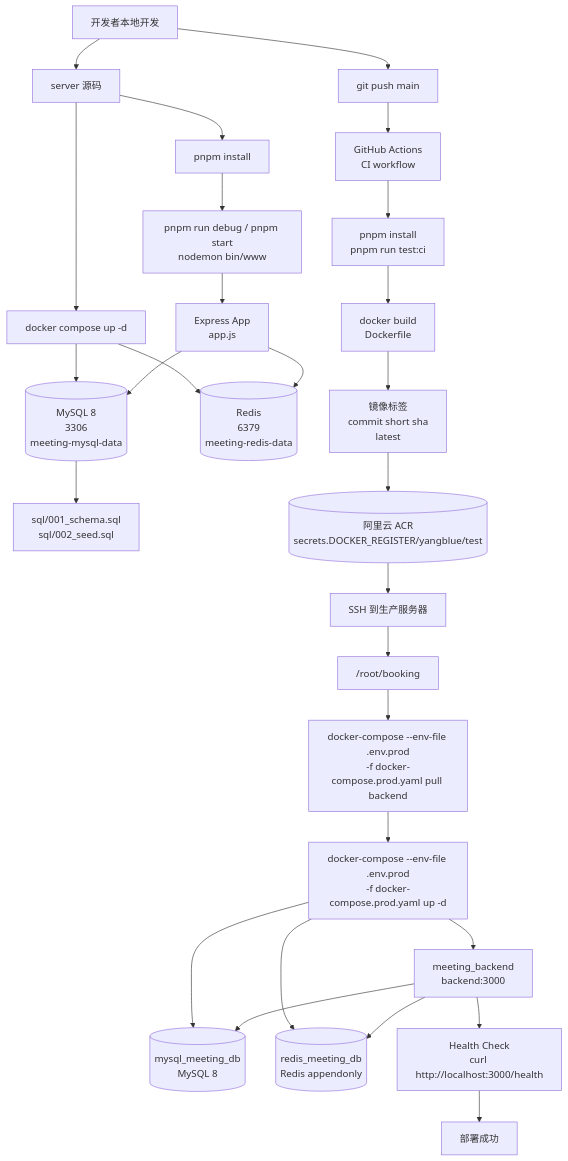
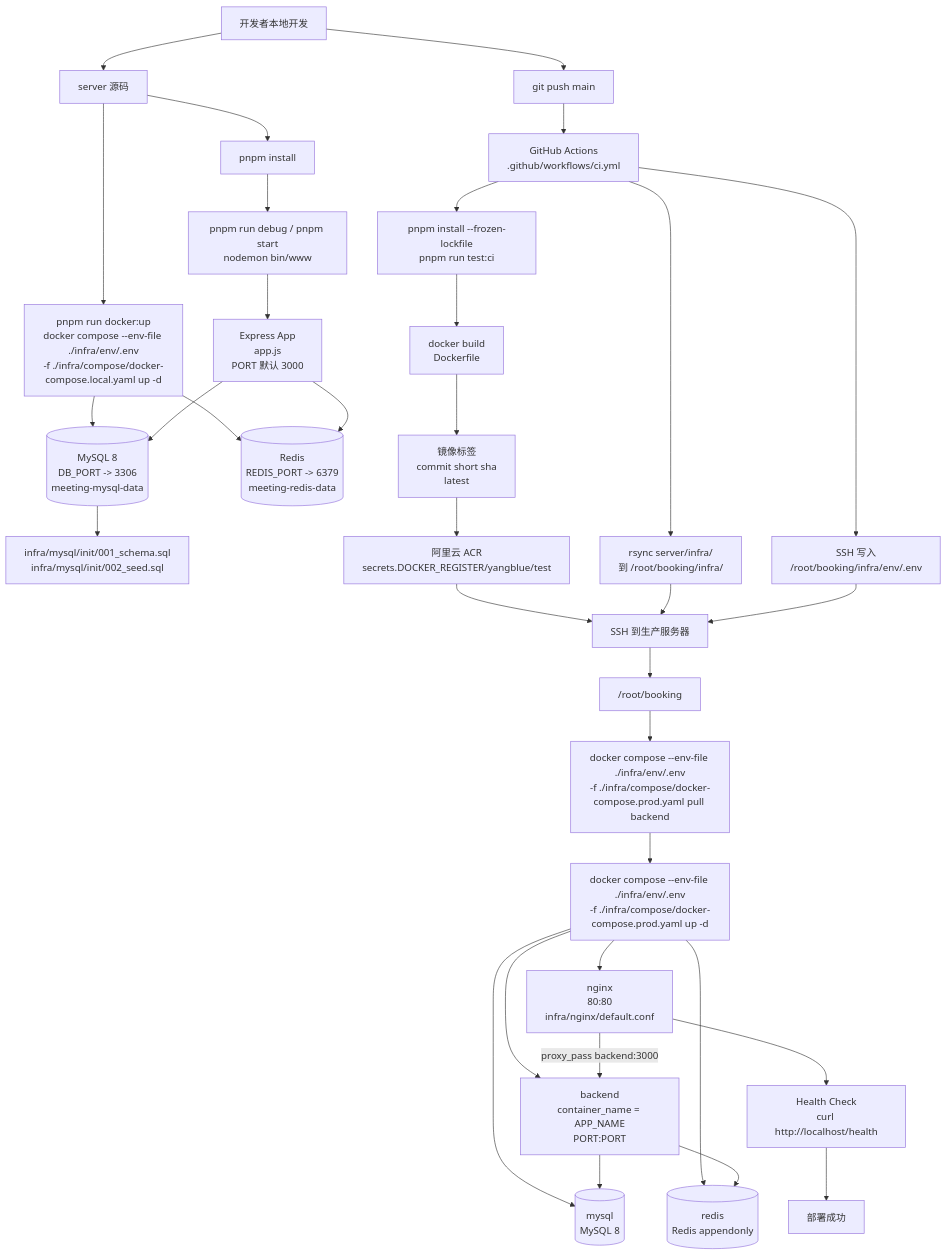
One commit to taotao9125/light-agent changed the first of 4 diagrams in server/dev-to-deploy-architecture.md. Above: the diagram before and after it, drawn with Mermaid. The commit also changed other lines of this file, not shown here.

Commit message:
🎉: 架构图更新

````diff
--- a/server/dev-to-deploy-architecture.md
+++ b/server/dev-to-deploy-architecture.md
@@ -7,38 +7,45 @@
 ```mermaid
 flowchart TD
     DEV[开发者本地开发] --> CODE[server 源码]
 
     CODE --> LOCAL_DEPS[pnpm install]
-    CODE --> LOCAL_INFRA[docker compose up -d]
+    CODE --> LOCAL_INFRA["pnpm run docker:up<br/>docker compose --env-file ./infra/env/.env<br/>-f ./infra/compose/docker-compose.local.yaml up -d"]
 
-    LOCAL_INFRA --> DEV_MYSQL[(MySQL 8<br/>3306<br/>meeting-mysql-data)]
-    LOCAL_INFRA --> DEV_REDIS[(Redis<br/>6379<br/>meeting-redis-data)]
-    DEV_MYSQL --> INIT_SQL[sql/001_schema.sql<br/>sql/002_seed.sql]
+    LOCAL_INFRA --> DEV_MYSQL[(MySQL 8<br/>DB_PORT -> 3306<br/>meeting-mysql-data)]
+    LOCAL_INFRA --> DEV_REDIS[(Redis<br/>REDIS_PORT -> 6379<br/>meeting-redis-data)]
+    DEV_MYSQL --> INIT_SQL["infra/mysql/init/001_schema.sql<br/>infra/mysql/init/002_seed.sql"]
 
-    LOCAL_DEPS --> LOCAL_APP[pnpm run debug / pnpm start<br/>nodemon bin/www]
-    LOCAL_APP --> EXPRESS[Express App<br/>app.js]
+    LOCAL_DEPS --> LOCAL_APP["pnpm run debug / pnpm start<br/>nodemon bin/www"]
+    LOCAL_APP --> EXPRESS["Express App<br/>app.js<br/>PORT 默认 3000"]
     EXPRESS --> DEV_MYSQL
     EXPRESS --> DEV_REDIS
 
     DEV --> PUSH[git push main]
-    PUSH --> GHA[GitHub Actions<br/>CI workflow]
+    PUSH --> GHA["GitHub Actions<br/>.github/workflows/ci.yml"]
 
-    GHA --> TEST[pnpm install<br/>pnpm run test:ci]
-    TEST --> BUILD[docker build<br/>Dockerfile]
-    BUILD --> IMAGE[镜像标签<br/>commit short sha<br/>latest]
-    IMAGE --> ACR[(阿里云 ACR<br/>secrets.DOCKER_REGISTER/yangblue/test)]
+    GHA --> TEST["pnpm install --frozen-lockfile<br/>pnpm run test:ci"]
+    TEST --> BUILD["docker build<br/>Dockerfile"]
+    BUILD --> IMAGE["镜像标签<br/>commit short sha<br/>latest"]
+    IMAGE --> ACR["阿里云 ACR<br/>secrets.DOCKER_REGISTER/yangblue/test"]
+
+    GHA --> SYNC_INFRA["rsync server/infra/<br/>到 /root/booking/infra/"]
+    GHA --> WRITE_ENV["SSH 写入<br/>/root/booking/infra/env/.env"]
 
     ACR --> SSH[SSH 到生产服务器]
+    SYNC_INFRA --> SSH
+    WRITE_ENV --> SSH
     SSH --> PROD_DIR["/root/booking"]
-    PROD_DIR --> PULL[docker-compose --env-file .env.prod<br/>-f docker-compose.prod.yaml pull backend]
-    PULL --> UP[docker-compose --env-file .env.prod<br/>-f docker-compose.prod.yaml up -d]
+    PROD_DIR --> PULL["docker compose --env-file ./infra/env/.env<br/>-f ./infra/compose/docker-compose.prod.yaml pull backend"]
+    PULL --> UP["docker compose --env-file ./infra/env/.env<br/>-f ./infra/compose/docker-compose.prod.yaml up -d"]
 
-    UP --> PROD_BACKEND[meeting_backend<br/>backend:3000]
-    UP --> PROD_MYSQL[(mysql_meeting_db<br/>MySQL 8)]
-    UP --> PROD_REDIS[(redis_meeting_db<br/>Redis appendonly)]
+    UP --> NGINX["nginx<br/>80:80<br/>infra/nginx/default.conf"]
+    UP --> PROD_BACKEND["backend<br/>container_name = APP_NAME<br/>PORT:PORT"]
+    UP --> PROD_MYSQL[(mysql<br/>MySQL 8)]
+    UP --> PROD_REDIS[(redis<br/>Redis appendonly)]
 
+    NGINX -->|proxy_pass backend:3000| PROD_BACKEND
     PROD_BACKEND --> PROD_MYSQL
     PROD_BACKEND --> PROD_REDIS
-    PROD_BACKEND --> HEALTH[Health Check<br/>curl http://localhost:3000/health]
+    NGINX --> HEALTH["Health Check<br/>curl http://localhost/health"]
     HEALTH --> OK[部署成功]
 ```
````
